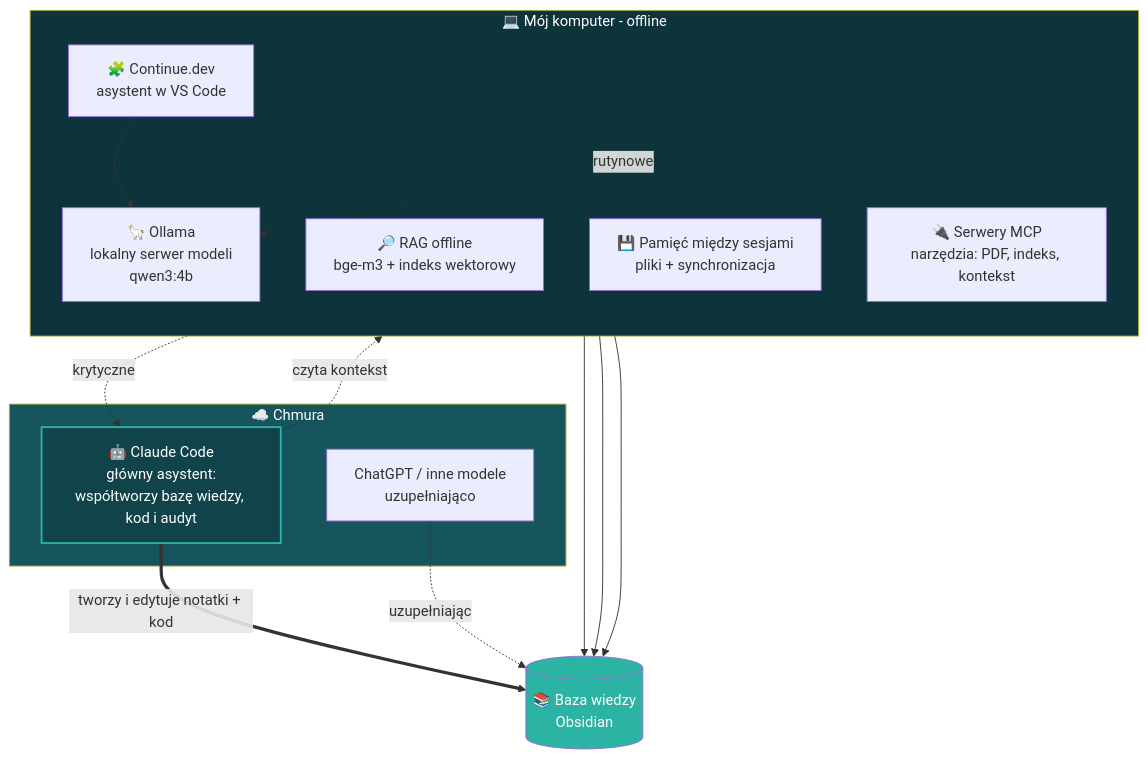
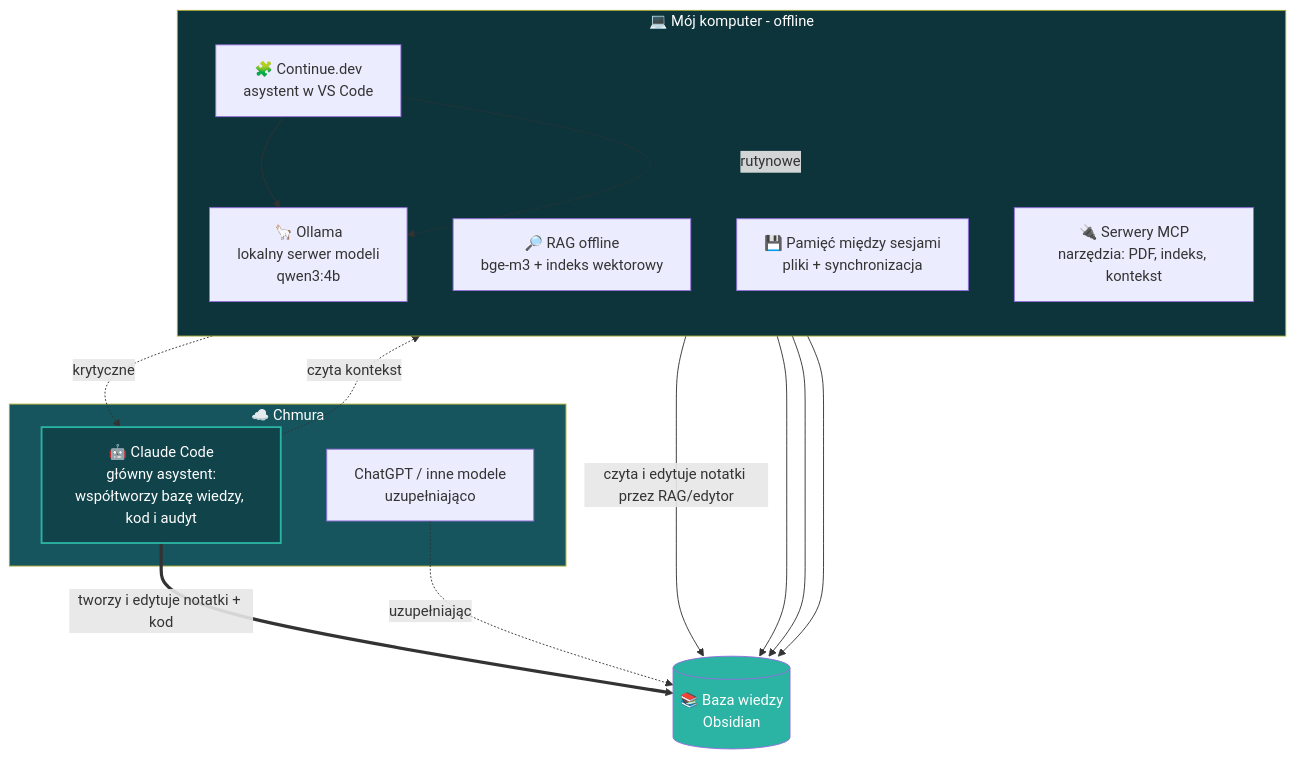
The diagram in docs/ai-stack.md (33macioch33/portfolio), drawn with Mermaid before and after one commit. The commit also changed other lines of this file, not shown here.

Commit message:
Diagram: lokalne modele też mają dostęp do bazy wiedzy (Obsidian)

````diff
--- a/docs/ai-stack.md
+++ b/docs/ai-stack.md
@@ -10,33 +10,34 @@
 ```mermaid
 flowchart TB
     subgraph CLOUD[☁️ Chmura]
         CLAUDE[🤖 Claude Code<br/>główny asystent:<br/>współtworzy bazę wiedzy, kod i audyt]
         GPT[ChatGPT / inne modele<br/>uzupełniająco]
     end
 
     subgraph LOCAL[💻 Mój komputer - offline]
         direction TB
         OLL[🦙 Ollama<br/>lokalny serwer modeli<br/>qwen3:4b]
         CONT[🧩 Continue.dev<br/>asystent w VS Code]
         RAG[🔎 RAG offline<br/>bge-m3 + indeks wektorowy]
         MEM[💾 Pamięć między sesjami<br/>pliki + synchronizacja]
         MCP[🔌 Serwery MCP<br/>narzędzia: PDF, indeks, kontekst]
     end
 
     VAULT[(📚 Baza wiedzy<br/>Obsidian)]
 
     CLAUDE ==>|tworzy i edytuje notatki + kod| VAULT
     CLAUDE -.->|czyta kontekst| MCP
     GPT -.uzupełniająco.-> VAULT
     CONT --> OLL
+    OLL -->|czyta i edytuje notatki przez RAG/edytor| VAULT
     RAG --> VAULT
     MCP --> VAULT
     MEM --> VAULT
     CONT -.rutynowe.-> OLL
     CONT -.krytyczne.-> CLAUDE
 
     style CLOUD fill:#16555e,color:#fff
     style LOCAL fill:#0d343a,color:#fff
     style VAULT fill:#2bb3a3,color:#fff
     style CLAUDE fill:#11434b,color:#fff,stroke:#2bb3a3,stroke-width:2px
 ```
````
